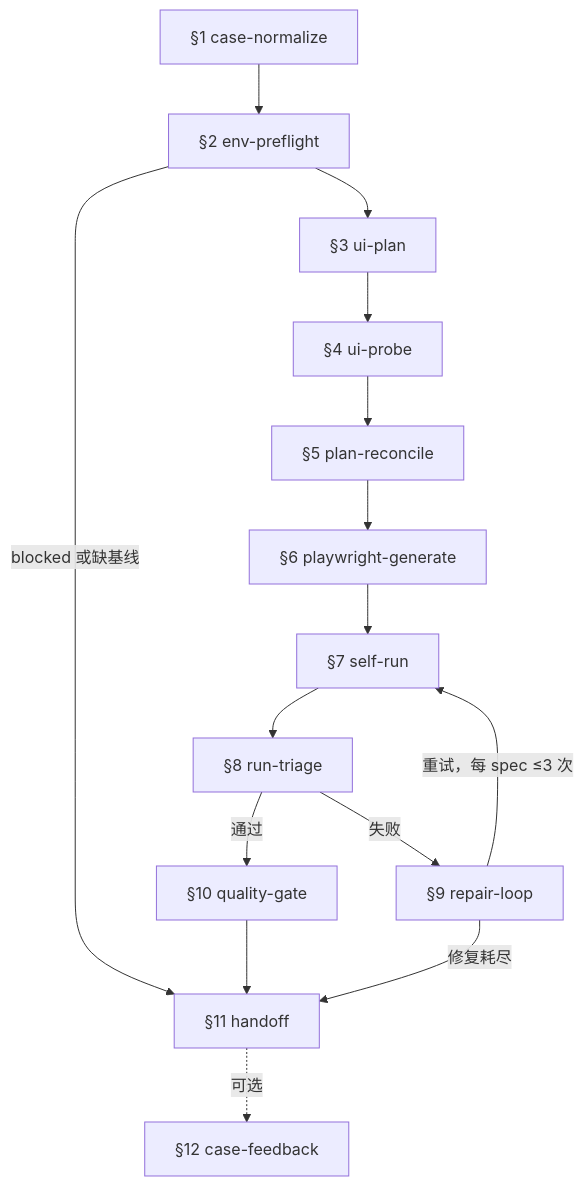
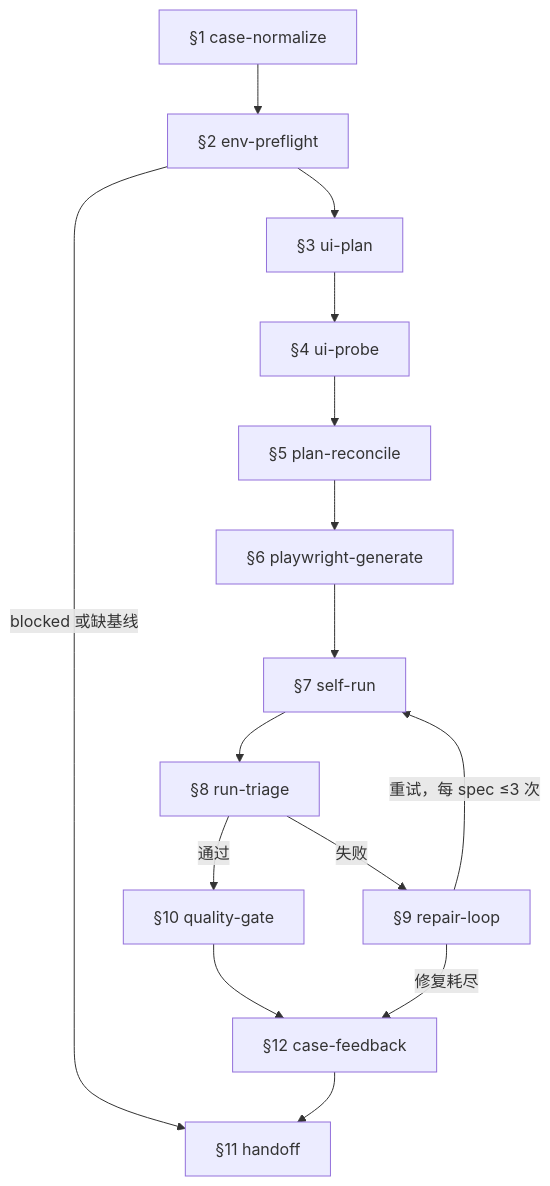
The diagram in .claude/skills/playwright-automation/SKILL.md (koco-co/kata), drawn with Mermaid before and after one commit. The commit also changed other lines of this file and 33 other files, not shown here.

````diff
--- a/.claude/skills/playwright-automation/SKILL.md
+++ b/.claude/skills/playwright-automation/SKILL.md
@@ -33,17 +33,17 @@
 ```mermaid
 flowchart TD
     CN[§1 case-normalize] --> EP[§2 env-preflight]
     EP -->|blocked 或缺基线| HO[§11 handoff]
     EP --> UP[§3 ui-plan]
     UP --> PB[§4 ui-probe]
     PB --> RC[§5 plan-reconcile]
     RC --> GE[§6 playwright-generate]
     GE --> SR[§7 self-run]
     SR --> RT[§8 run-triage]
     RT -->|通过| QG[§10 quality-gate]
     RT -->|失败| RL[§9 repair-loop]
     RL -->|重试，每 spec ≤3 次| SR
-    RL -->|修复耗尽| HO
-    QG --> HO
-    HO -.可选.-> CF[§12 case-feedback]
+    RL -->|修复耗尽| CF[§12 case-feedback]
+    QG --> CF
+    CF --> HO[§11 handoff]
 ```
````
